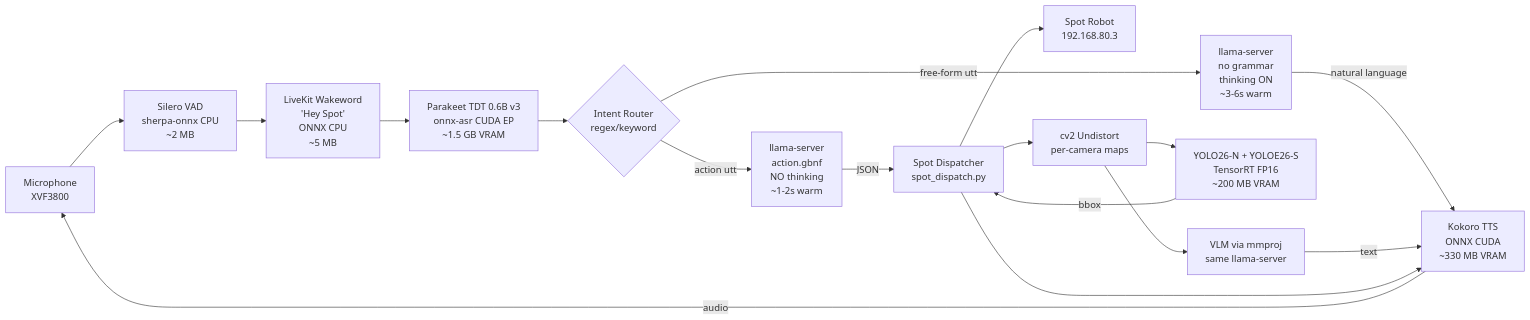
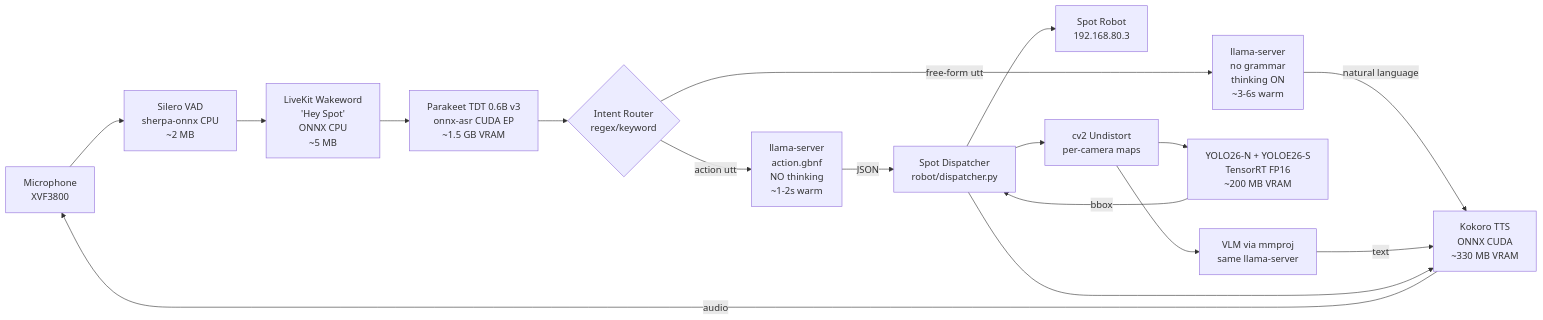
The first of 4 diagrams in docs/architecture/stage2-architecture.md (matteo-corrado/dartmouth_spot_capstone), drawn with Mermaid before and after one commit. The commit also changed other lines of this file and 16 other files, not shown here.

````diff
--- a/docs/architecture/stage2-architecture.md
+++ b/docs/architecture/stage2-architecture.md
@@ -28,33 +28,33 @@
 ```mermaid
 graph LR
     MIC[Microphone<br/>XVF3800]
     SILERO[Silero VAD<br/>sherpa-onnx CPU<br/>~2 MB]
     KWS[LiveKit Wakeword<br/>'Hey Spot'<br/>ONNX CPU<br/>~5 MB]
     PARAKEET[Parakeet TDT 0.6B v3<br/>onnx-asr CUDA EP<br/>~1.5 GB VRAM]
     ROUTER{Intent Router<br/>regex/keyword}
     BRAIN_ACTION[llama-server<br/>action.gbnf<br/>NO thinking<br/>~1-2s warm]
     BRAIN_FREE[llama-server<br/>no grammar<br/>thinking ON<br/>~3-6s warm]
-    DISPATCH[Spot Dispatcher<br/>spot_dispatch.py]
+    DISPATCH[Spot Dispatcher<br/>robot/dispatcher.py]
     SPOT[Spot Robot<br/>192.168.80.3]
     TTS[Kokoro TTS<br/>ONNX CUDA<br/>~330 MB VRAM]
     YOLO[YOLO26-N + YOLOE26-S<br/>TensorRT FP16<br/>~200 MB VRAM]
     UNDIST[cv2 Undistort<br/>per-camera maps]
     VLM[VLM via mmproj<br/>same llama-server]
 
     MIC --> SILERO
     SILERO --> KWS
     KWS --> PARAKEET
     PARAKEET --> ROUTER
     ROUTER -->|action utt| BRAIN_ACTION
     ROUTER -->|free-form utt| BRAIN_FREE
     BRAIN_ACTION -->|JSON| DISPATCH
     BRAIN_FREE -->|natural language| TTS
     DISPATCH --> SPOT
     DISPATCH --> UNDIST
     UNDIST --> YOLO
     UNDIST --> VLM
     YOLO -->|bbox| DISPATCH
     VLM -->|text| TTS
     DISPATCH --> TTS
     TTS -->|audio| MIC
 ```
````
